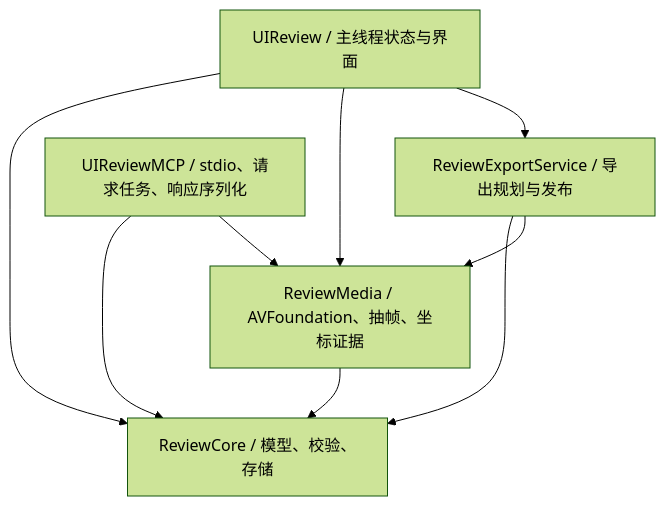
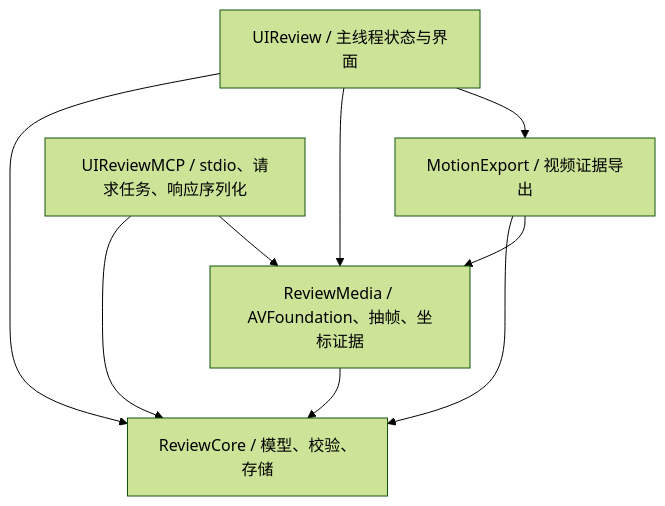
Before and after one commit to Sim-hub-ios/ui_review_tools: the diagram in docs/UI_Review_V2_Technical_Design.md, drawn with Mermaid (forest theme). The commit also changed other lines of this file and 14 other files, not shown here.

````diff
--- a/docs/UI_Review_V2_Technical_Design.md
+++ b/docs/UI_Review_V2_Technical_Design.md
@@ -25,11 +27,11 @@
 ```mermaid
 flowchart TD
   App[UIReview / 主线程状态与界面] --> Core[ReviewCore / 模型、校验、存储]
   App --> Media[ReviewMedia / AVFoundation、抽帧、坐标证据]
-  App --> Export[ReviewExportService / 导出规划与发布]
+  App --> Export[MotionExport / 视频证据导出]
   MCP[UIReviewMCP / stdio、请求任务、响应序列化] --> Core
   MCP --> Media
   Export --> Core
   Export --> Media
   Media --> Core
 ```
````
